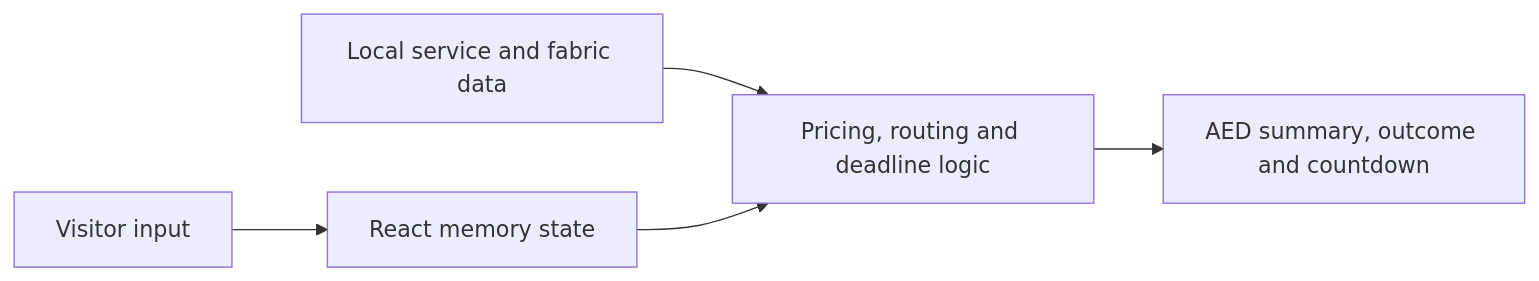
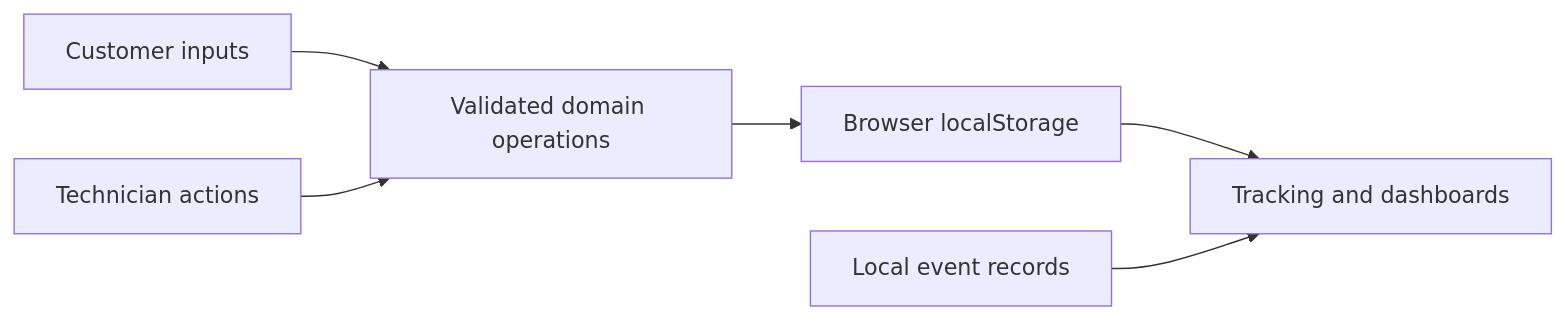
One commit to eshanas497-beep/pressly changed the third of 3 diagrams in public/design-specification.md. Above: the diagram before and after it, drawn with Mermaid. The commit also changed other lines of this file and 38 other files, not shown here.

Commit message:
Complete persistent customer and technician garment-care demo

````diff
--- a/public/design-specification.md
+++ b/public/design-specification.md
@@ -316,7 +538,8 @@
 ```mermaid
 flowchart LR
-  A[Visitor input] --> B[React memory state]
-  C[Local service and fabric data] --> D[Pricing, routing and deadline logic]
-  B --> D
-  D --> E[AED summary, outcome and countdown]
+  Customer[Customer inputs] --> Domain[Validated domain operations]
+  Technician[Technician actions] --> Domain
+  Domain --> Storage[Browser localStorage]
+  Storage --> Views[Tracking and dashboards]
+  Events[Local event records] --> Views
 ```
````
